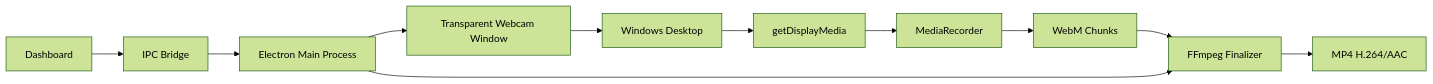
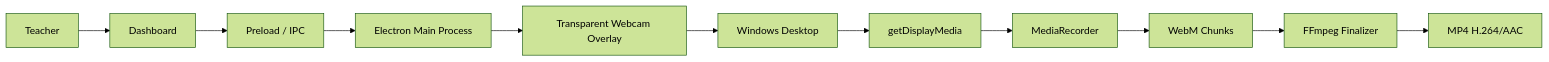
The first of 2 diagrams in README.md (RICK2814/teaching-studio), drawn with Mermaid (forest theme) before and after one commit. The commit also changed other lines of this file, not shown here.

````diff
--- a/README.md
+++ b/README.md
@@ -159,14 +103,13 @@
 ```mermaid
 flowchart LR
-    A[Windows Desktop] --> B[getDisplayMedia]
-    C[Transparent Webcam Window] --> A
-    B --> D[MediaRecorder]
-    D --> E[WebM Chunks]
-    E --> F[FFmpeg Finalizer]
-    F --> G[MP4 H.264/AAC]
-
-    H[Dashboard] --> I[IPC Bridge]
-    I --> J[Electron Main Process]
-    J --> C
-    J --> F
+    U[Teacher] --> D[Dashboard]
+    D --> P[Preload / IPC]
+    P --> M[Electron Main Process]
+    M --> O[Transparent Webcam Overlay]
+    W[Windows Desktop] --> C[getDisplayMedia]
+    O --> W
+    C --> R[MediaRecorder]
+    R --> CH[WebM Chunks]
+    CH --> F[FFmpeg Finalizer]
+    F --> E[MP4 H.264/AAC]
 ```
````
